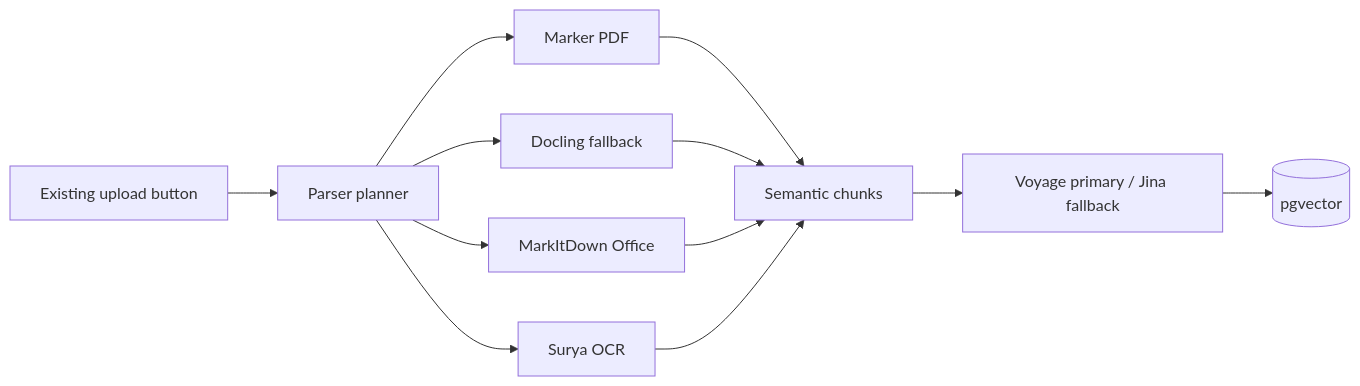
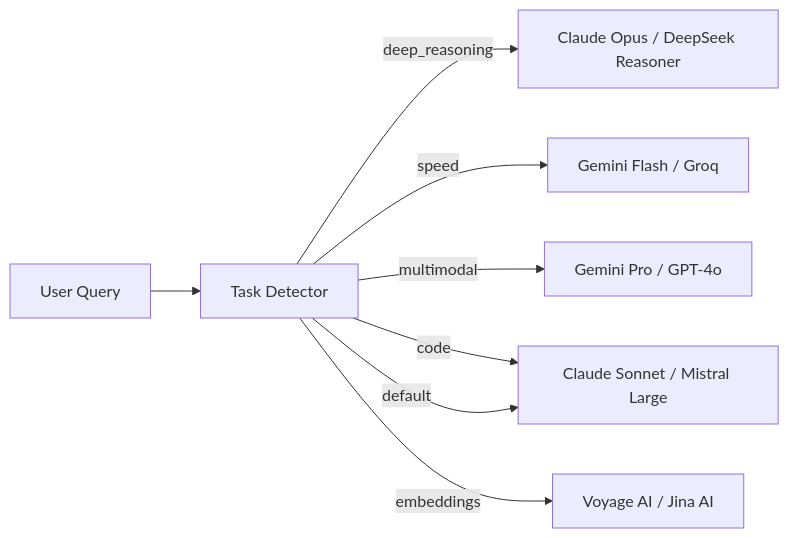
One commit to infosiragpt-ops/SiraGPT-APP changed the second of 5 diagrams in docs/INTERNAL_ARCHITECTURE.md. Above: the diagram before and after it, drawn with Mermaid. The commit also changed other lines of this file and 94 other files, not shown here.

````diff
--- a/docs/INTERNAL_ARCHITECTURE.md
+++ b/docs/INTERNAL_ARCHITECTURE.md
@@ -46,14 +115,10 @@
 ```mermaid
-flowchart LR
-  Upload[Existing upload button] --> ParserPlan[Parser planner]
-  ParserPlan --> Marker[Marker PDF]
-  ParserPlan --> Docling[Docling fallback]
-  ParserPlan --> MarkItDown[MarkItDown Office]
-  ParserPlan --> OCR[Surya OCR]
-  Marker --> Chunks[Semantic chunks]
-  Docling --> Chunks
-  MarkItDown --> Chunks
-  OCR --> Chunks
-  Chunks --> Embeddings[Voyage primary / Jina fallback]
-  Embeddings --> PG[(pgvector)]
+graph LR
+    Q[User Query] --> TD[Task Detector]
+    TD --> |deep_reasoning| OP[Claude Opus / DeepSeek Reasoner]
+    TD --> |speed| GF[Gemini Flash / Groq]
+    TD --> |multimodal| GP[Gemini Pro / GPT-4o]
+    TD --> |code| CS[Claude Sonnet / Mistral Large]
+    TD --> |embeddings| VO[Voyage AI / Jina AI]
+    TD --> |default| CS
 ```
````
